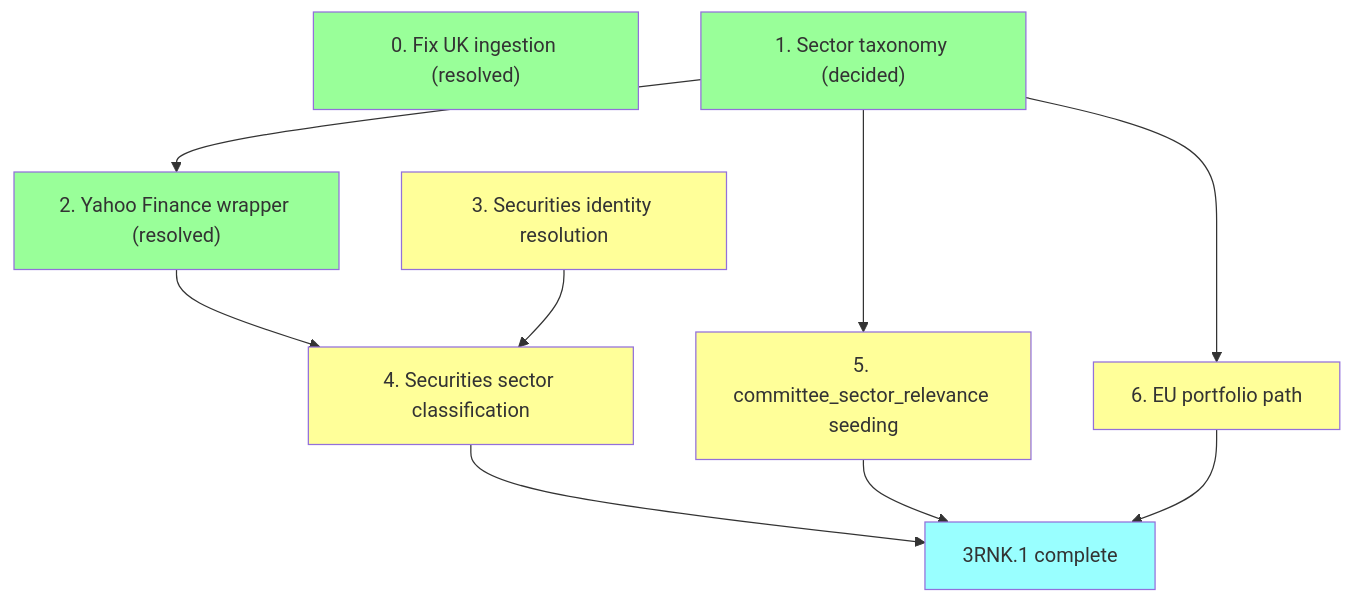
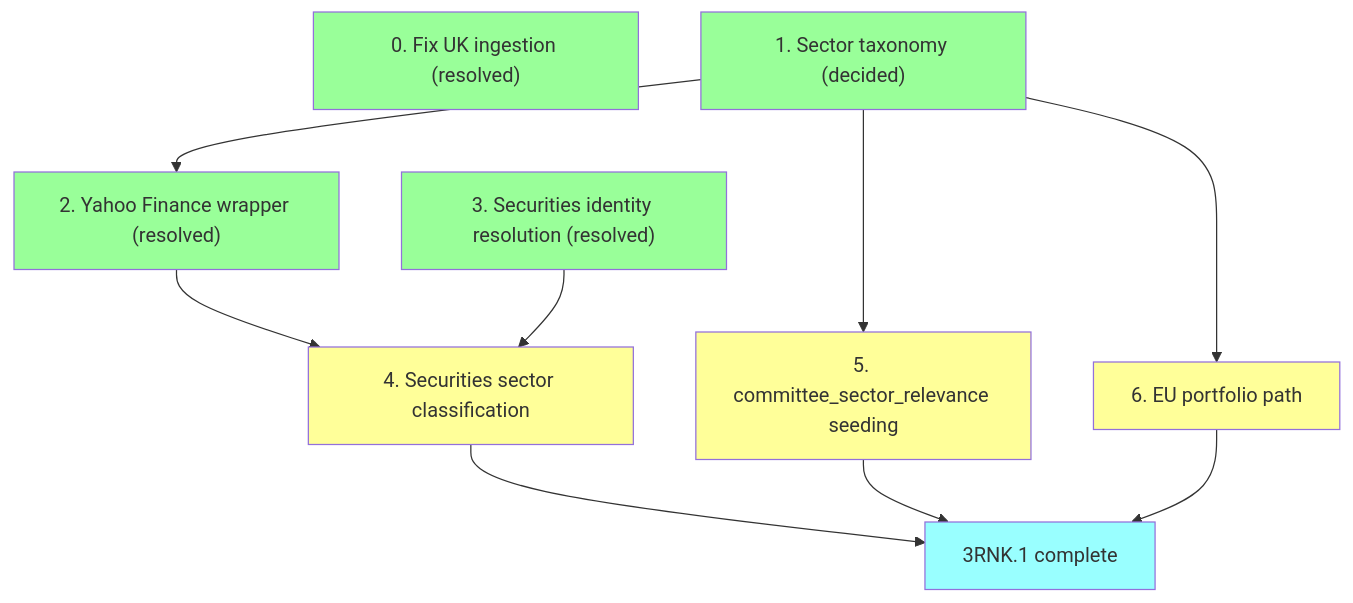
Before and after one commit to Oggie112/CrossBench: the diagram in docs/plan/3rnk1-prerequisites.md, drawn with Mermaid. The commit also changed other lines of this file, not shown here.

First line of the commit message:
docs(plan): mark 3RNK.1 steps 2 and 3 resolved

````diff
--- a/docs/plan/3rnk1-prerequisites.md
+++ b/docs/plan/3rnk1-prerequisites.md
@@ -67,25 +68,25 @@
 ```mermaid
 graph TD
   s0["0. Fix UK ingestion (resolved)"]:::done
   s1["1. Sector taxonomy (decided)"]:::done
   s2["2. Yahoo Finance wrapper (resolved)"]:::done
-  s3["3. Securities identity resolution"]:::open
+  s3["3. Securities identity resolution (resolved)"]:::done
   s4["4. Securities sector classification"]:::open
   s5["5. committee_sector_relevance seeding"]:::open
   s6["6. EU portfolio path"]:::open
   done3rnk["3RNK.1 complete"]:::mile
 
   s1 --> s2
   s2 --> s4
   s3 --> s4
   s1 --> s5
   s1 --> s6
   s4 --> done3rnk
   s5 --> done3rnk
   s6 --> done3rnk
 
   classDef indep fill:#ff9;
   classDef done fill:#9f9;
   classDef open fill:#ff9;
   classDef mile fill:#9ff;
 ```
````
